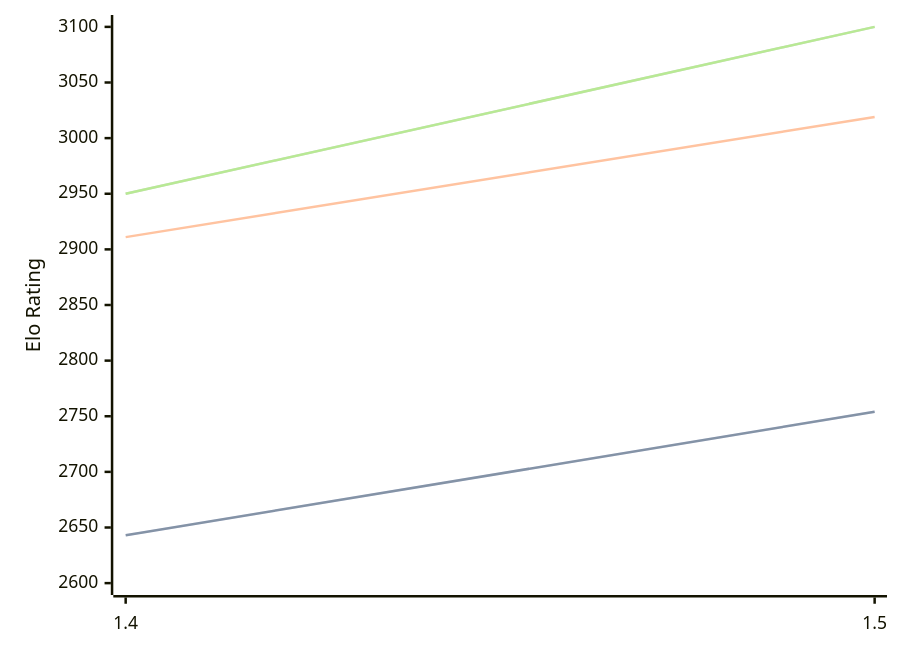
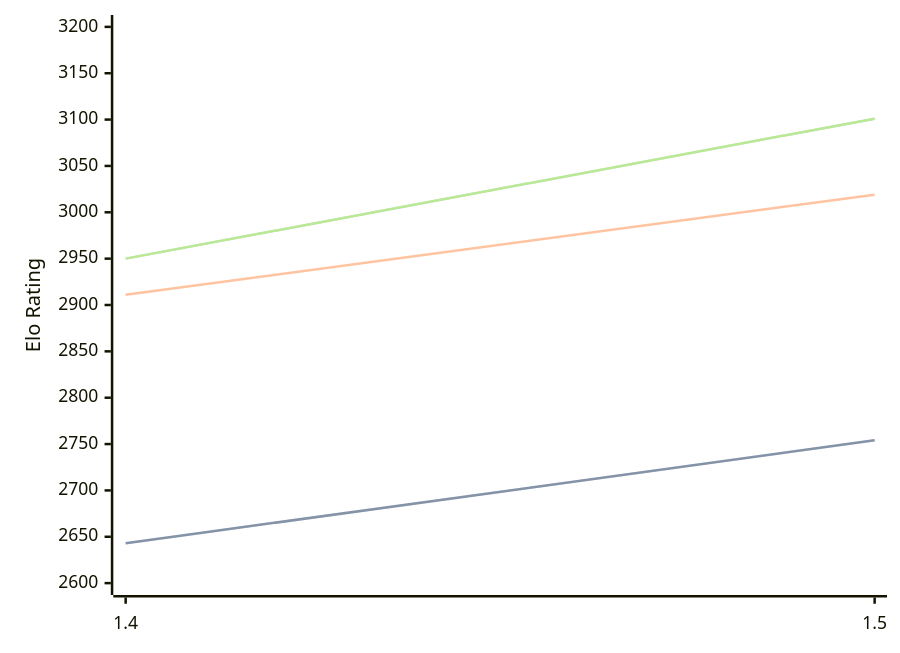
The third of 3 diagrams in engines/Yakka.md (computer-chess-index/cci), drawn with Mermaid before and after one commit. The commit also changed other lines of this file, not shown here.

Commit message:
Update CCI Ratings (ELO VLTC) - 2026-07-13

````diff
--- a/engines/Yakka.md
+++ b/engines/Yakka.md
@@ -69,11 +69,11 @@
 ```mermaid
 %%{init: {"theme":"base","themeVariables":{"seriesColors:['#a3a3a3','#222221','#faa371']}}}%%
 xychart-beta
   x-axis ["1.4", "1.5"]
-  y-axis "Elo Rating" 2600 --> 3100
+  y-axis "Elo Rating" 2600 --> 3200
   line "STC (8.0+0.08s)" [2643, 2754]
   line "STC (8.0+0.08s)" [2643, 2754]
   line "LTC (60.0+0.60s)" [2911, 3019]
-  line "VLTC (2m24s+1.12s)" [2950, 3100]
-  line "VLTC (2m24s+1.12s)" [2950, 3100]
+  line "VLTC (2m24s+1.12s)" [2950, 3101]
+  line "VLTC (2m24s+1.12s)" [2950, 3101]
 ```
````
